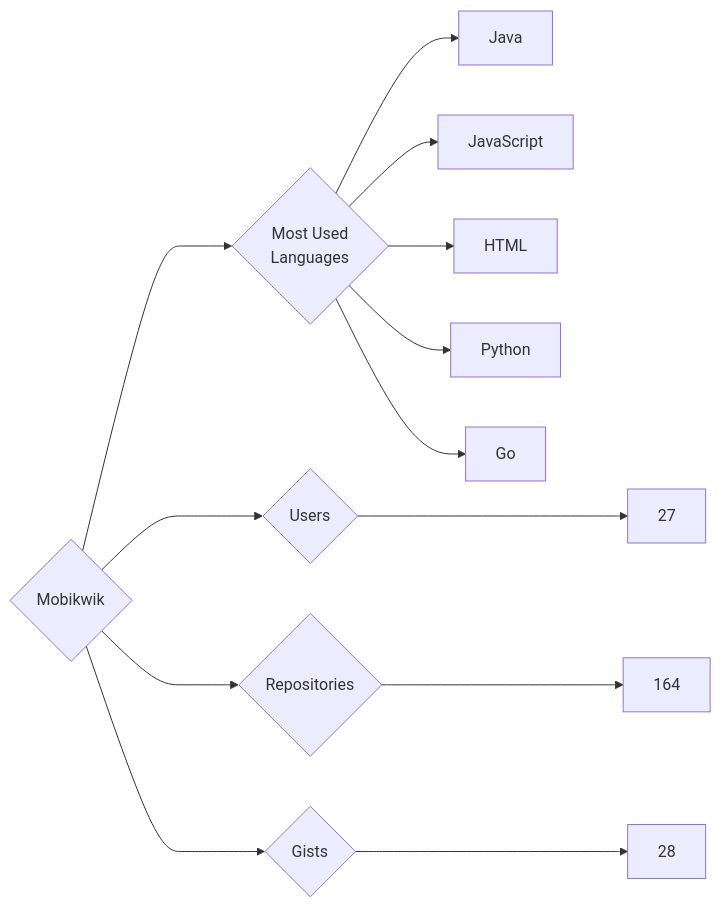
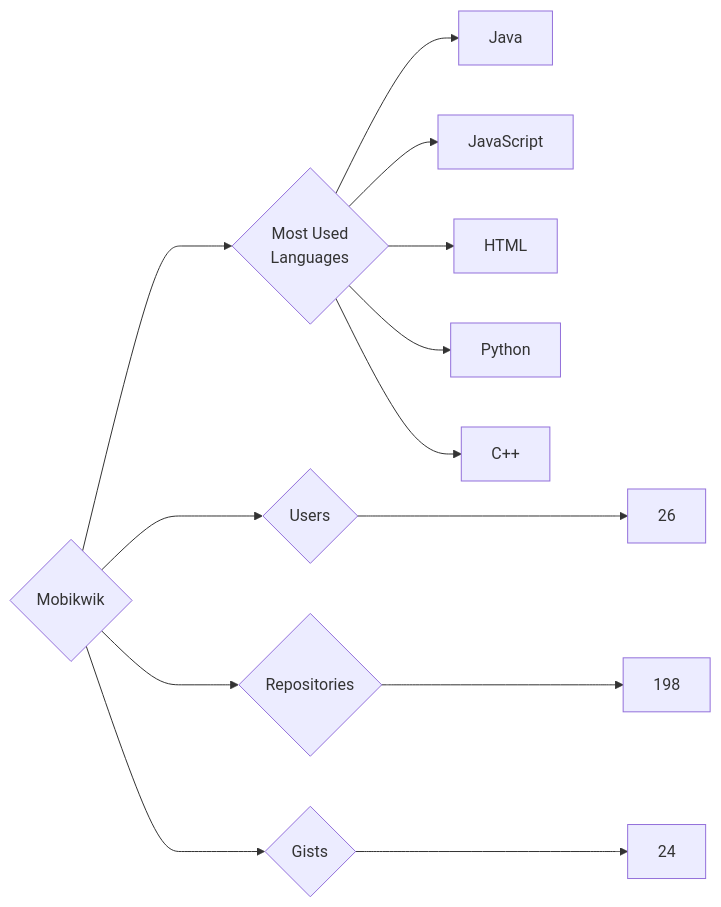
The diagram in targets/Mobikwik/README.md (trickest/insiders), drawn with Mermaid before and after one commit. The commit also changed 851 other files, not shown here.

````diff
--- a/targets/Mobikwik/README.md
+++ b/targets/Mobikwik/README.md
@@ -3,13 +3,13 @@
 ```mermaid
 graph LR
 COMPANY_NAME{Mobikwik}
-COMPANY_NAME ---> U{Users} ---> UN[27]
-COMPANY_NAME ---> R{Repositories} ---> RN[164]
-COMPANY_NAME ---> G{Gists} ---> GN[28]
+COMPANY_NAME ---> U{Users} ---> UN[26]
+COMPANY_NAME ---> R{Repositories} ---> RN[198]
+COMPANY_NAME ---> G{Gists} ---> GN[24]
 COMPANY_NAME ---> ML{Most Used<br>Languages}
 ML --> Java[Java]
 ML --> JavaScript[JavaScript]
 ML --> HTML[HTML]
 ML --> Python[Python]
-ML --> Go[Go]
+ML --> C++[C++]
 ```
````
